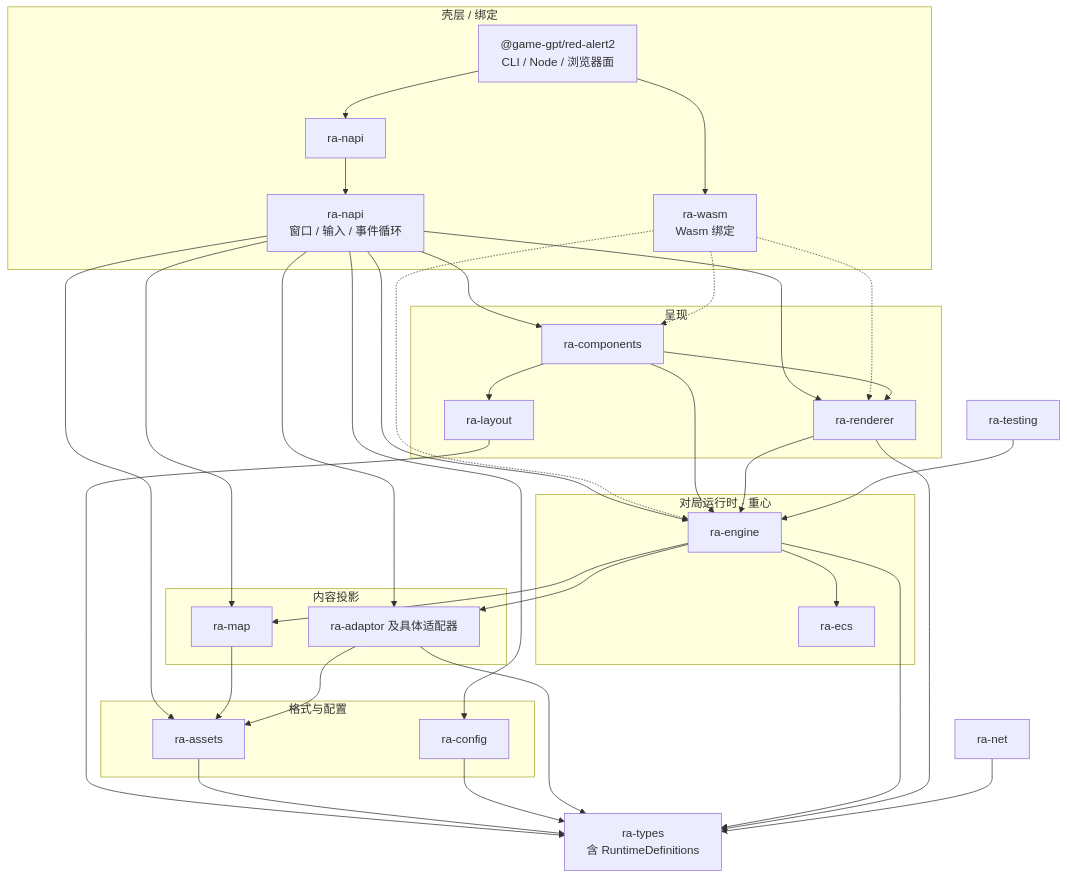
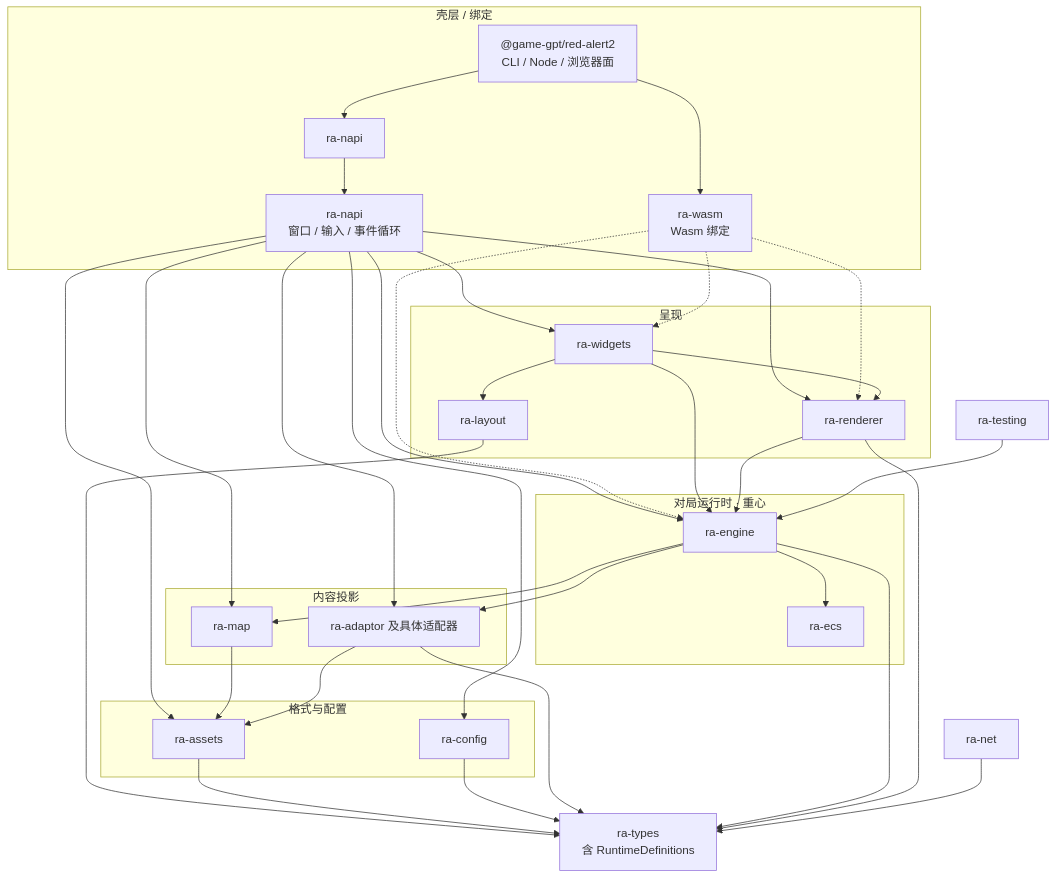
Before and after one commit to rust-alert/ra2.exe: the second of 3 diagrams in readme.md, drawn with Mermaid. The commit also changed other lines of this file and 53 other files, not shown here.

First line of the commit message:
♻️ Rename `ra-components` to `ra-widgets`

````diff
--- a/readme.md
+++ b/readme.md
@@ -126,64 +126,64 @@
 ```mermaid
 flowchart TB
     subgraph shells["壳层 / 绑定"]
         host["@game-gpt/red-alert2<br/>CLI / Node / 浏览器面"]
         napi["ra-napi"]
         desktop["ra-napi<br/>窗口 / 输入 / 事件循环"]
         wasm["ra-wasm<br/>Wasm 绑定"]
     end
 
     subgraph present["呈现"]
         layout["ra-layout"]
-        components["ra-components"]
+        components["ra-widgets"]
         renderer["ra-renderer"]
     end
 
     subgraph runtime["对局运行时 · 重心"]
         engine["ra-engine"]
         ecs["ra-ecs"]
     end
 
     subgraph content["内容投影"]
         map["ra-map"]
         adaptor["ra-adaptor 及具体适配器"]
     end
 
     subgraph formats["格式与配置"]
         assets["ra-assets"]
         config["ra-config"]
     end
 
     types["ra-types<br/>含 RuntimeDefinitions"]
     net["ra-net"]
     testing["ra-testing"]
     host --> napi
     host --> wasm
     napi --> desktop
     desktop --> config
     desktop --> components
     desktop --> renderer
     desktop --> engine
     desktop --> map
     desktop --> assets
     desktop --> adaptor
     wasm -.-> components
     wasm -.-> renderer
     wasm -.-> engine
     components --> layout
     components --> renderer
     components --> engine
     layout --> types
     renderer --> engine
     engine --> ecs
     engine --> map
     engine --> adaptor
     map --> assets
     adaptor --> assets
     assets --> types
     config --> types
     adaptor --> types
     engine --> types
     renderer --> types
     net --> types
     testing --> engine
 ```
````
